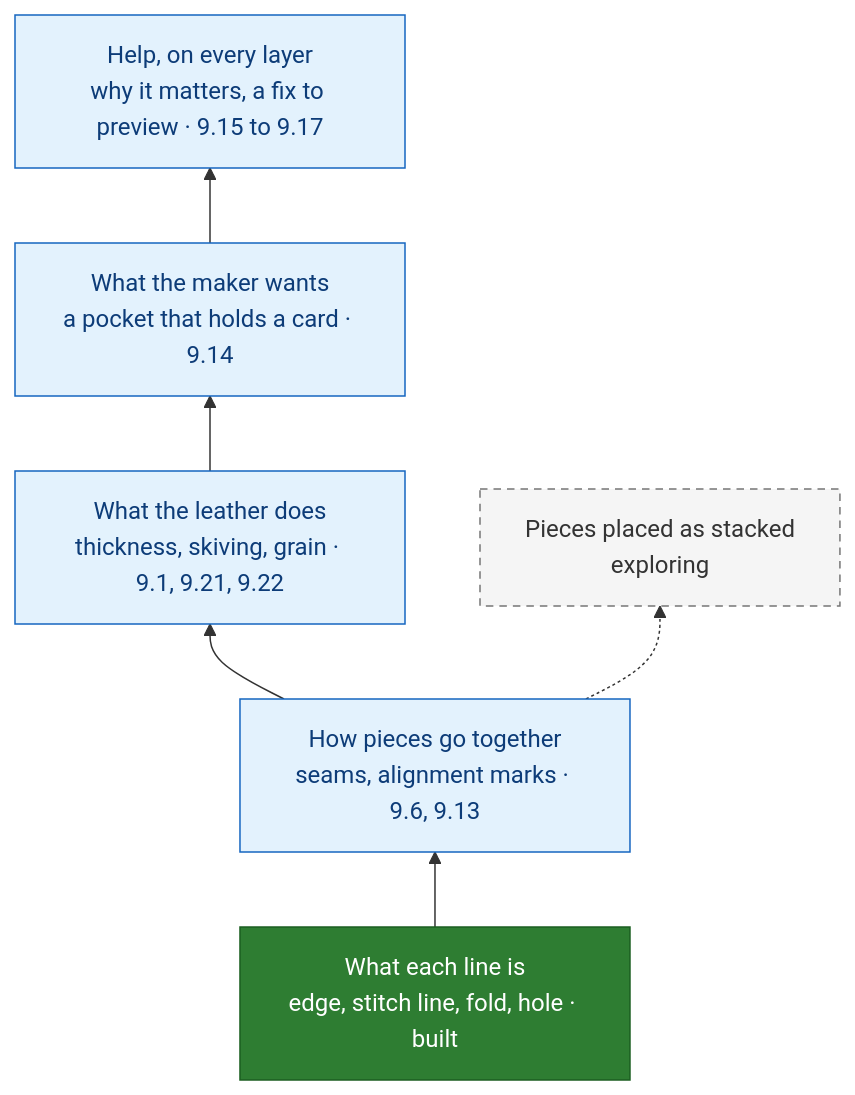
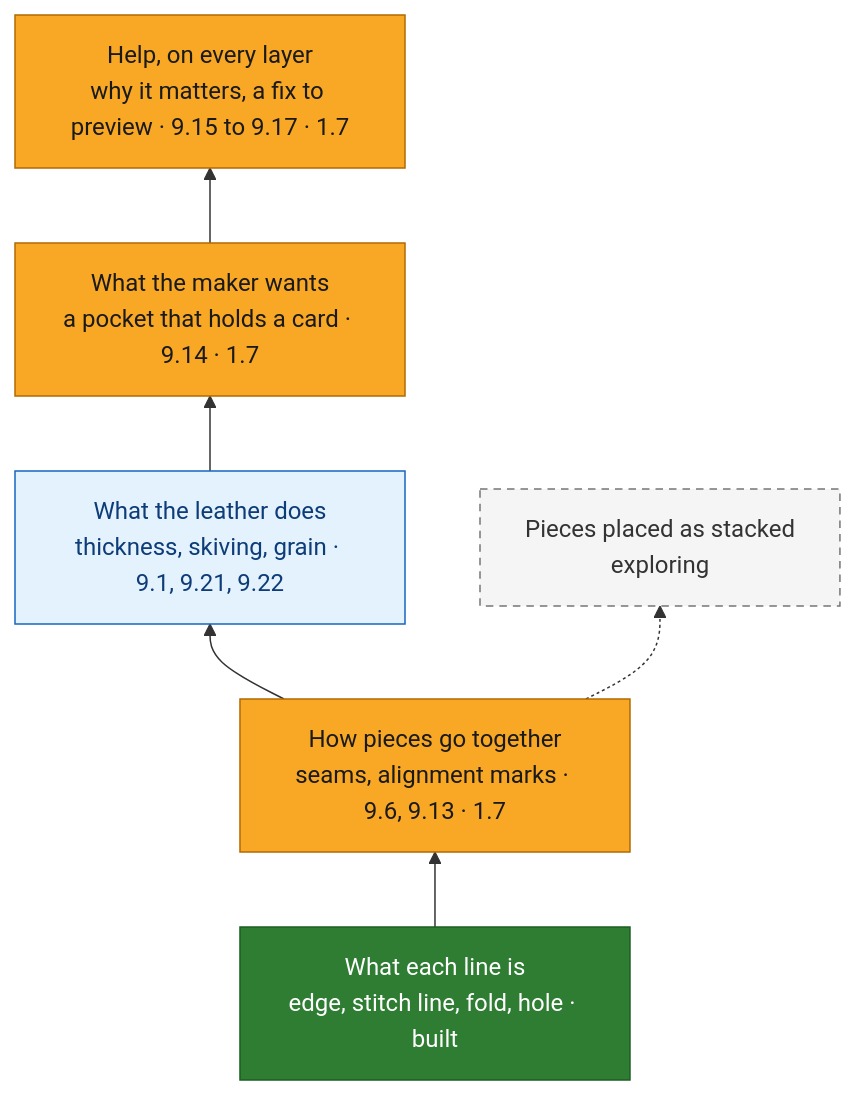
The third of 6 diagrams in docs/product-roadmap.md (crnlsp/leathercad), drawn with Mermaid before and after one commit. The commit also changed other lines of this file and 11 other files, not shown here.

````diff
--- a/docs/product-roadmap.md
+++ b/docs/product-roadmap.md
@@ -102,14 +102,15 @@
 ```mermaid
 flowchart BT
   l1["What each line is<br/>edge, stitch line, fold, hole · built"]:::built
-  l2["How pieces go together<br/>seams, alignment marks · 9.6, 9.13"]:::candidate
+  l2["How pieces go together<br/>seams, alignment marks · 9.6, 9.13 · 1.7"]:::progress
   l3["What the leather does<br/>thickness, skiving, grain · 9.1, 9.21, 9.22"]:::candidate
-  l4["What the maker wants<br/>a pocket that holds a card · 9.14"]:::candidate
-  help["Help, on every layer<br/>why it matters, a fix to preview · 9.15 to 9.17"]:::candidate
+  l4["What the maker wants<br/>a pocket that holds a card · 9.14 · 1.7"]:::progress
+  help["Help, on every layer<br/>why it matters, a fix to preview · 9.15 to 9.17 · 1.7"]:::progress
   stack["Pieces placed as stacked<br/>exploring"]:::exploring
   l1 --> l2 --> l3 --> l4 --> help
   l2 -.-> stack
   classDef built fill:#2e7d32,stroke:#1b5e20,color:#ffffff
+  classDef progress fill:#f9a825,stroke:#b26a00,color:#1a1a1a
   classDef candidate fill:#e3f2fd,stroke:#1565c0,color:#0d3c78
   classDef exploring fill:#f5f5f5,stroke:#757575,color:#333333,stroke-dasharray: 5 4
 ```
````
